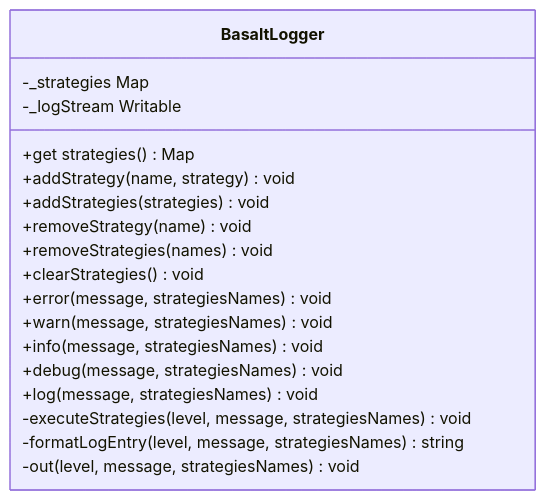
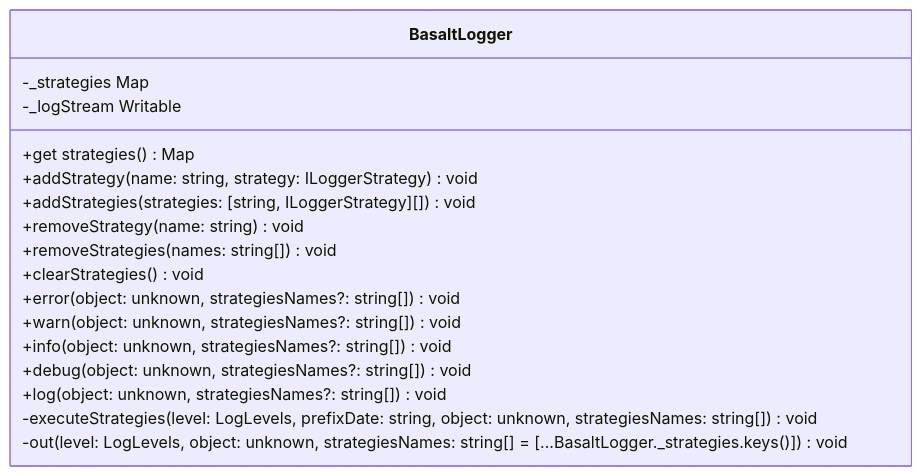
One commit to Basalt-Lab/basalt-doc changed the diagram in docs/basalt-logger/reference/BasaltLogger.en.md. Above: the diagram before and after it, drawn with Mermaid. The commit also changed other lines of this file and 1 other file, not shown here.

Commit message:
docs: update basalt logger references

````diff
--- a/docs/basalt-logger/reference/BasaltLogger.en.md
+++ b/docs/basalt-logger/reference/BasaltLogger.en.md
@@ -7,21 +7,20 @@
 ```mermaid
 classDiagram
     class BasaltLogger {
         -_strategies Map<string, ILoggerStrategy>
         -_logStream Writable
         +get strategies() Map<string, ILoggerStrategy>
-        +addStrategy(name, strategy) void
-        +addStrategies(strategies) void
-        +removeStrategy(name) void
-        +removeStrategies(names) void
+        +addStrategy(name: string, strategy: ILoggerStrategy) void
+        +addStrategies(strategies: [string, ILoggerStrategy][]) void
+        +removeStrategy(name: string) void
+        +removeStrategies(names: string[]) void
         +clearStrategies() void
-        +error(message, strategiesNames) void
-        +warn(message, strategiesNames) void
-        +info(message, strategiesNames) void
-        +debug(message, strategiesNames) void
-        +log(message, strategiesNames) void
-        -executeStrategies(level, message, strategiesNames) void
-        -formatLogEntry(level, message, strategiesNames) string
-        -out(level, message, strategiesNames) void
+        +error(object: unknown, strategiesNames?: string[]) void
+        +warn(object: unknown, strategiesNames?: string[]) void
+        +info(object: unknown, strategiesNames?: string[]) void
+        +debug(object: unknown, strategiesNames?: string[]) void
+        +log(object: unknown, strategiesNames?: string[]) void
+        -executeStrategies(level: LogLevels, prefixDate: string, object: unknown, strategiesNames: string[]) void
+        -out(level: LogLevels, object: unknown, strategiesNames: string[] = [...BasaltLogger._strategies.keys()]) void
     }
 ```
````
